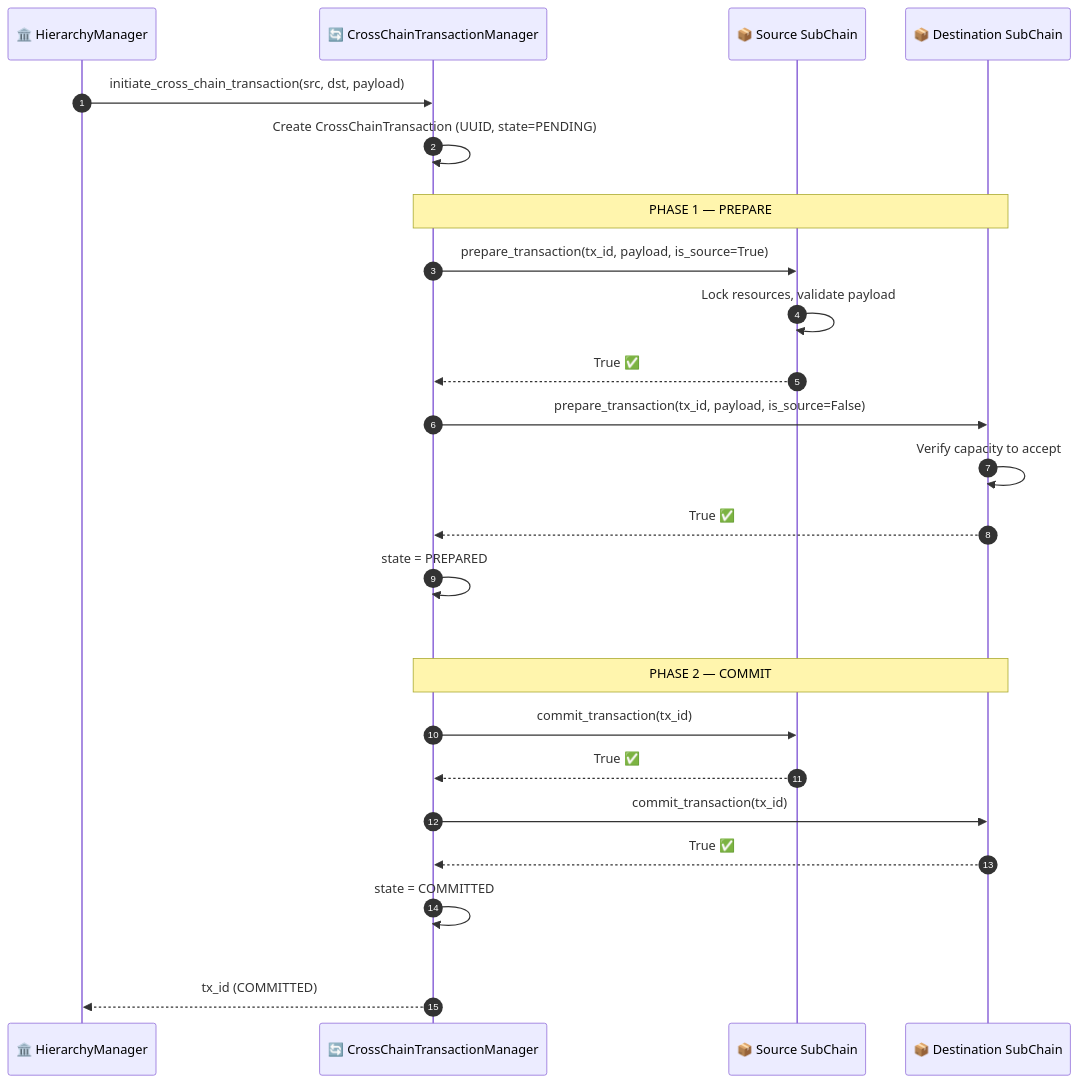
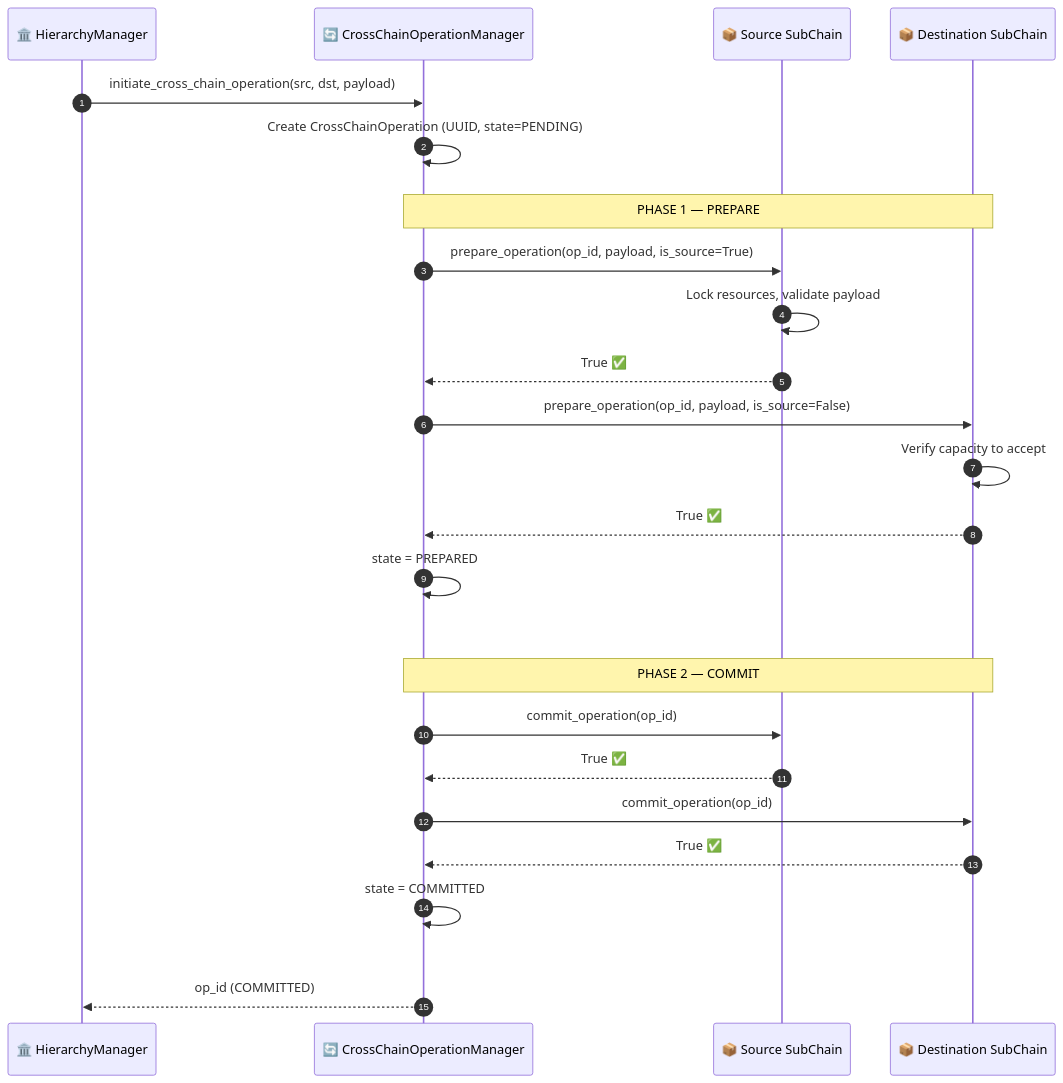
Before and after one commit to VanDung-dev/HieraChain: the first of 3 diagrams in docs/en/workflows/cross-chain-2pc.md, drawn with Mermaid. The commit also changed other lines of this file and 20 other files, not shown here.

First line of the commit message:
docs: sync schema changes, update file paths, and improve consistency

````diff
--- a/docs/en/workflows/cross-chain-2pc.md
+++ b/docs/en/workflows/cross-chain-2pc.md
@@ -19,35 +19,35 @@
 ```mermaid
 sequenceDiagram
     autonumber
     participant HM as 🏛️ HierarchyManager
-    participant TM as 🔄 CrossChainTransactionManager
+    participant TM as 🔄 CrossChainOperationManager
     participant SRC as 📦 Source SubChain
     participant DST as 📦 Destination SubChain
 
-    HM->>TM: initiate_cross_chain_transaction(src, dst, payload)
-    TM->>TM: Create CrossChainTransaction (UUID, state=PENDING)
+    HM->>TM: initiate_cross_chain_operation(src, dst, payload)
+    TM->>TM: Create CrossChainOperation (UUID, state=PENDING)
 
     rect rgb(0, 0, 0, 0)
         Note over TM,DST: PHASE 1 — PREPARE
-        TM->>SRC: prepare_transaction(tx_id, payload, is_source=True)
+        TM->>SRC: prepare_operation(op_id, payload, is_source=True)
         SRC->>SRC: Lock resources, validate payload
         SRC-->>TM: True ✅
 
-        TM->>DST: prepare_transaction(tx_id, payload, is_source=False)
+        TM->>DST: prepare_operation(op_id, payload, is_source=False)
         DST->>DST: Verify capacity to accept
         DST-->>TM: True ✅
 
         TM->>TM: state = PREPARED
     end
 
     rect rgb(0, 0, 0, 0)
         Note over TM,DST: PHASE 2 — COMMIT
-        TM->>SRC: commit_transaction(tx_id)
+        TM->>SRC: commit_operation(op_id)
         SRC-->>TM: True ✅
-        TM->>DST: commit_transaction(tx_id)
+        TM->>DST: commit_operation(op_id)
         DST-->>TM: True ✅
         TM->>TM: state = COMMITTED
     end
 
-    TM-->>HM: tx_id (COMMITTED)
+    TM-->>HM: op_id (COMMITTED)
 ```
````
